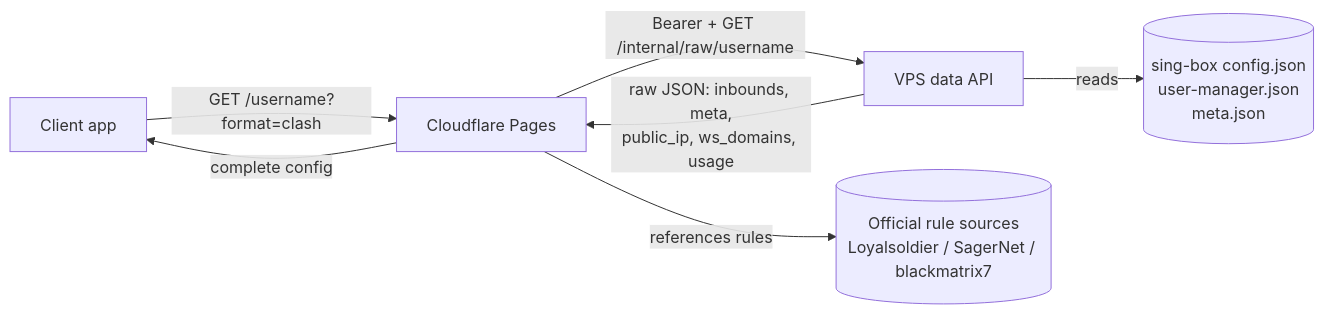
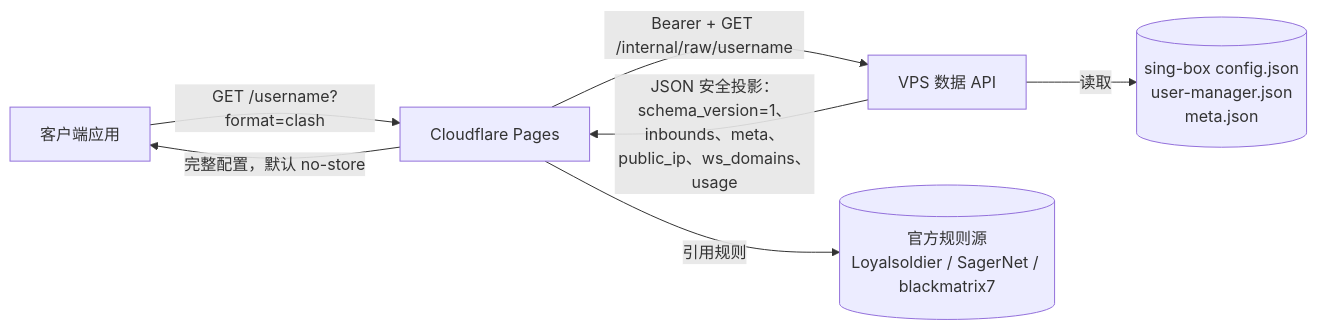
Before and after one commit to arnozeng98/subflow: the diagram in docs/01-architecture.md, drawn with Mermaid. The commit also changed other lines of this file and 111 other files, not shown here.

````diff
--- a/docs/01-architecture.md
+++ b/docs/01-architecture.md
@@ -34,9 +33,9 @@
 ```mermaid
 flowchart LR
-    A[Client app] -->|GET /username?format=clash| B[Cloudflare Pages]
-    B -->|Bearer + GET /internal/raw/username| C[VPS data API]
-    C -->|reads| D[(sing-box config.json\nuser-manager.json\nmeta.json)]
-    C -->|raw JSON: inbounds, meta,\npublic_ip, ws_domains, usage| B
-    B -->|references rules| E[(Official rule sources\nLoyalsoldier / SagerNet / blackmatrix7)]
-    B -->|complete config| A
+    A[客户端应用] -->|GET /username?format=clash| B[Cloudflare Pages]
+    B -->|Bearer + GET /internal/raw/username| C[VPS 数据 API]
+    C -->|读取| D[(sing-box config.json\nuser-manager.json\nmeta.json)]
+    C -->|JSON 安全投影：schema_version=1、inbounds、meta、\npublic_ip、ws_domains、usage| B
+    B -->|引用规则| E[(官方规则源\nLoyalsoldier / SagerNet / blackmatrix7)]
+    B -->|完整配置，默认 no-store| A
 ```
````
